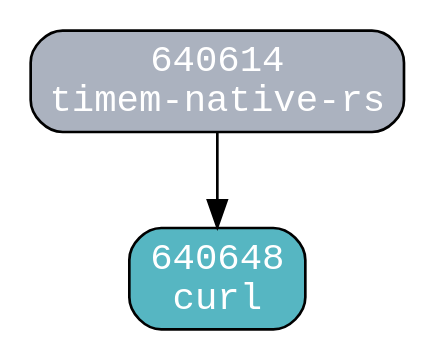
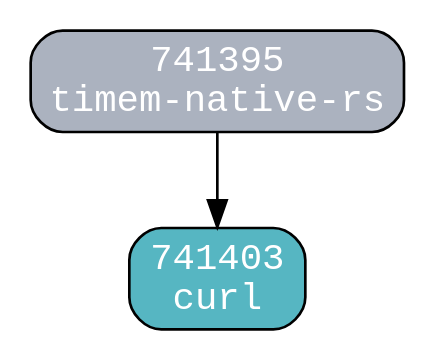
Before and after one commit to Claud-Ling/agent-sight: the diagram in research/timemai-process-model/output/process_tree_T1-simple-qa.dot, drawn with Graphviz. The commit also changed 33 other files, not shown here.

```diff
--- a/research/timemai-process-model/output/process_tree_T1-simple-qa.dot
+++ b/research/timemai-process-model/output/process_tree_T1-simple-qa.dot
@@ -1,8 +1,8 @@
 digraph process_tree {
   rankdir=TB;
   node [shape=box, style=rounded, fontname=monospace];
   edge [fontname=monospace, fontsize=10];
-  640614 [label="640614\ntimem-native-rs" fillcolor="#ABB2BF" style="filled,rounded" fontcolor="white"];
-  640648 [label="640648\ncurl" fillcolor="#56B6C2" style="filled,rounded" fontcolor="white"];
-  640614 -> 640648;
+  741395 [label="741395\ntimem-native-rs" fillcolor="#ABB2BF" style="filled,rounded" fontcolor="white"];
+  741403 [label="741403\ncurl" fillcolor="#56B6C2" style="filled,rounded" fontcolor="white"];
+  741395 -> 741403;
 }
```
